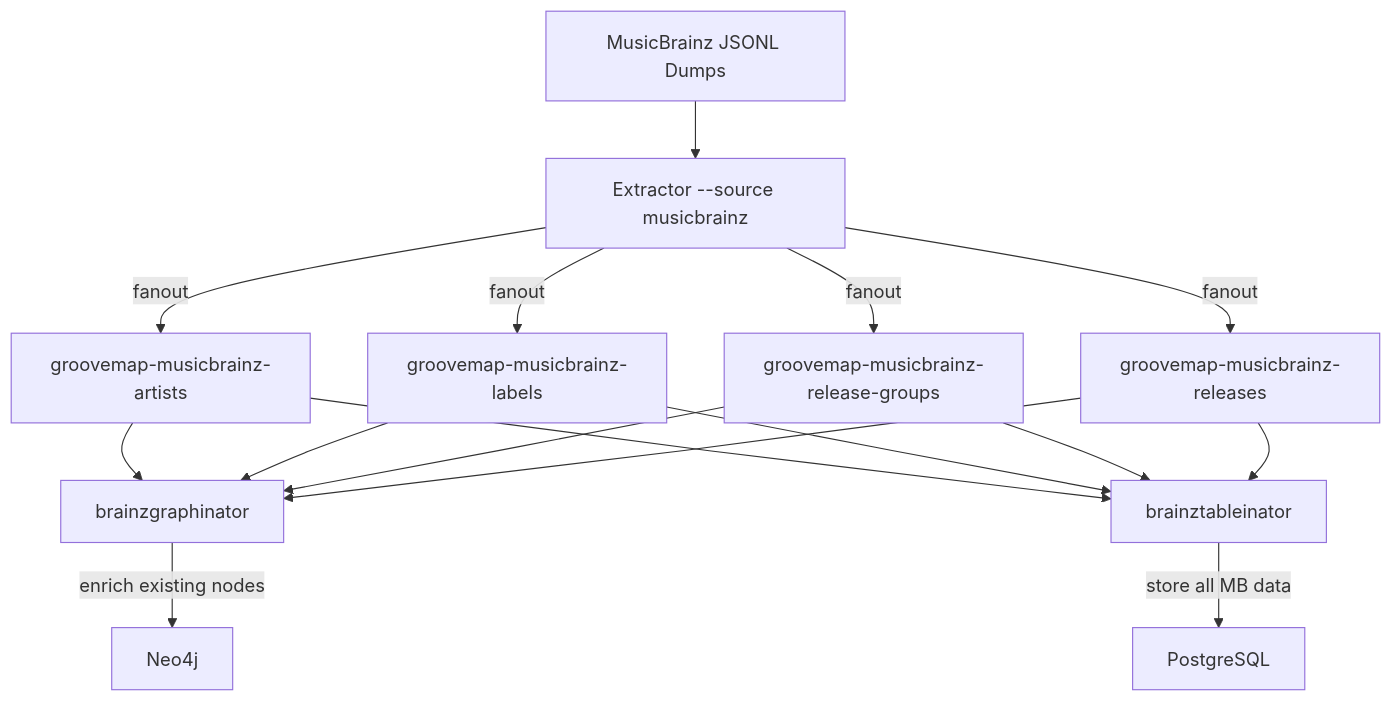
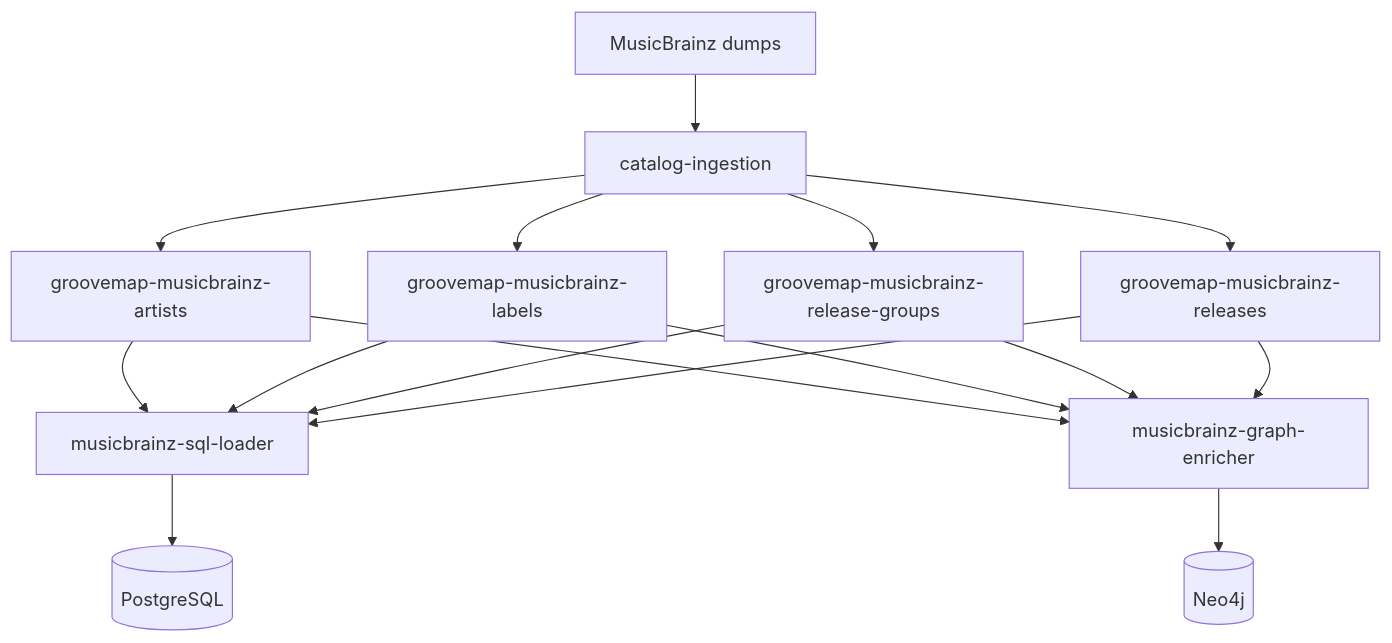
Before and after one commit to groovemap-music/musicbrainz-sql-loader: the diagram in docs/musicbrainz-sync.md, drawn with Mermaid. The commit also changed other lines of this file and 14 other files, not shown here.

Commit message:
fix(identity): align MusicBrainz SQL loader branding

````diff
--- a/docs/musicbrainz-sync.md
+++ b/docs/musicbrainz-sync.md
@@ -11,18 +8,12 @@
 ```mermaid
-graph TD
-    MB[MusicBrainz JSONL Dumps] --> EXT[Extractor --source musicbrainz]
-    EXT -->|fanout| EA[groovemap-musicbrainz-artists]
-    EXT -->|fanout| EL[groovemap-musicbrainz-labels]
-    EXT -->|fanout| ERG[groovemap-musicbrainz-release-groups]
-    EXT -->|fanout| ER[groovemap-musicbrainz-releases]
-    EA --> BG[brainzgraphinator]
-    EA --> BT[brainztableinator]
-    EL --> BG
-    EL --> BT
-    ERG --> BG
-    ERG --> BT
-    ER --> BG
-    ER --> BT
-    BG -->|enrich existing nodes| NEO[Neo4j]
-    BT -->|store all MB data| PG[PostgreSQL]
+flowchart TD
+    Dumps[MusicBrainz dumps] --> Producer[catalog-ingestion]
+    Producer --> Artists[groovemap-musicbrainz-artists]
+    Producer --> Labels[groovemap-musicbrainz-labels]
+    Producer --> Groups[groovemap-musicbrainz-release-groups]
+    Producer --> Releases[groovemap-musicbrainz-releases]
+    Artists & Labels & Groups & Releases --> SQL[musicbrainz-sql-loader]
+    Artists & Labels & Groups & Releases --> Graph[musicbrainz-graph-enricher]
+    SQL --> PG[(PostgreSQL)]
+    Graph --> Neo4j[(Neo4j)]
 ```
````
